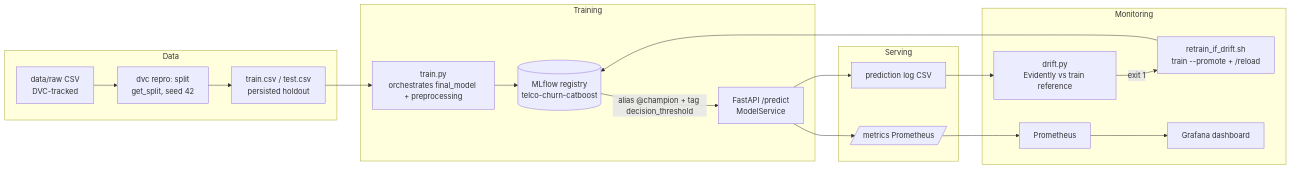
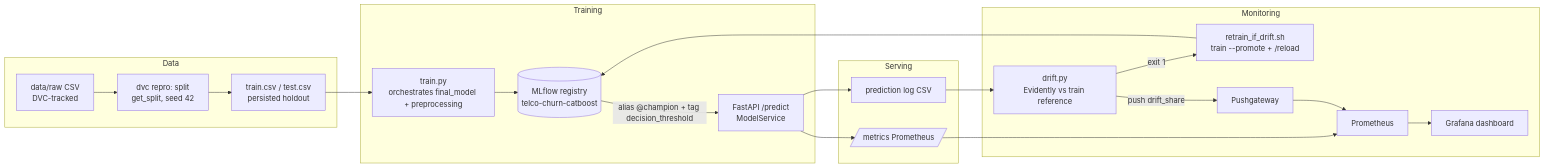
The diagram in README.md (hieulalala123/churn-prediction), drawn with Mermaid before and after one commit. The commit also changed other lines of this file and 4 other files, not shown here.

First line of the commit message:
Document Pushgateway in monitoring flow; expand README structure table

````diff
--- a/README.md
+++ b/README.md
@@ -61,25 +61,28 @@
 ```mermaid
 flowchart LR
     subgraph Data
         RAW[data/raw CSV<br/>DVC-tracked] --> SPLIT[dvc repro: split<br/>get_split, seed 42]
         SPLIT --> TRAINCSV[train.csv / test.csv<br/>persisted holdout]
     end
 
     subgraph Training
         TRAINCSV --> TRAIN[train.py<br/>orchestrates final_model + preprocessing]
         TRAIN --> MLF[(MLflow registry<br/>telco-churn-catboost)]
         MLF -- alias @champion + tag decision_threshold --> SERVE
     end
 
     subgraph Serving
         SERVE[FastAPI /predict<br/>ModelService] --> LOG[prediction log CSV]
         SERVE --> METRICS[/metrics Prometheus/]
     end
 
     subgraph Monitoring
         LOG --> DRIFT[drift.py<br/>Evidently vs train reference]
         DRIFT -- exit 1 --> RETRAIN[retrain_if_drift.sh<br/>train --promote + /reload]
         RETRAIN --> MLF
-        METRICS --> PROM[Prometheus] --> GRAF[Grafana dashboard]
+        DRIFT -- push drift_share --> PUSHGW[Pushgateway]
+        METRICS --> PROM[Prometheus]
+        PUSHGW --> PROM
+        PROM --> GRAF[Grafana dashboard]
     end
 ```
````
